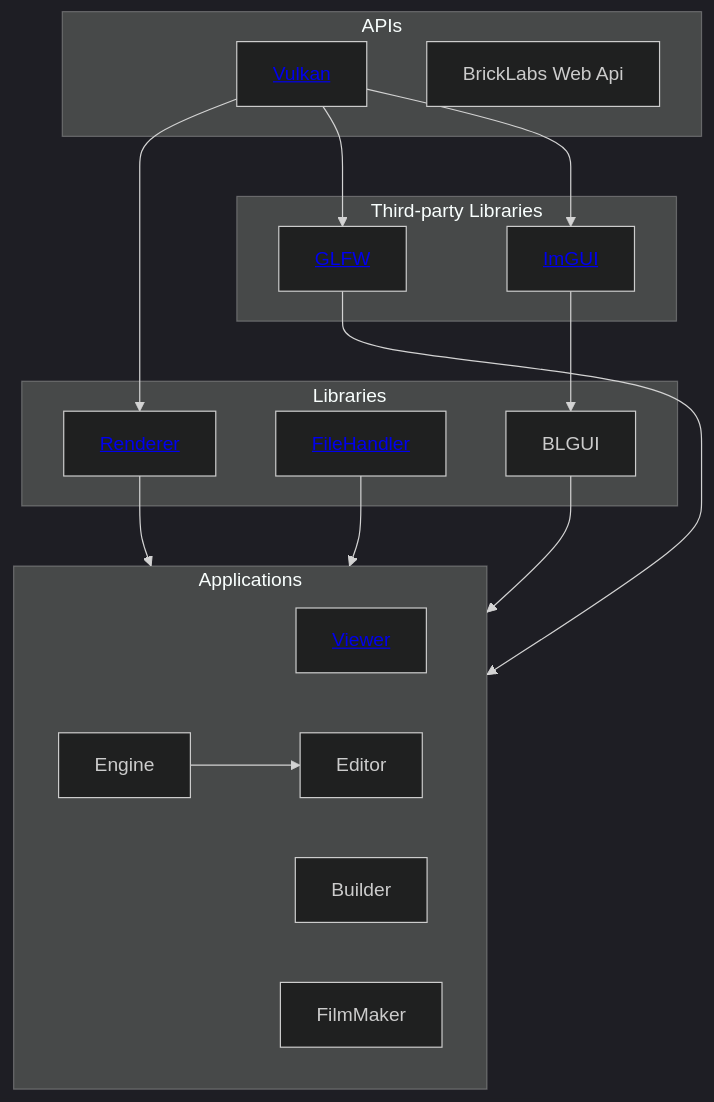
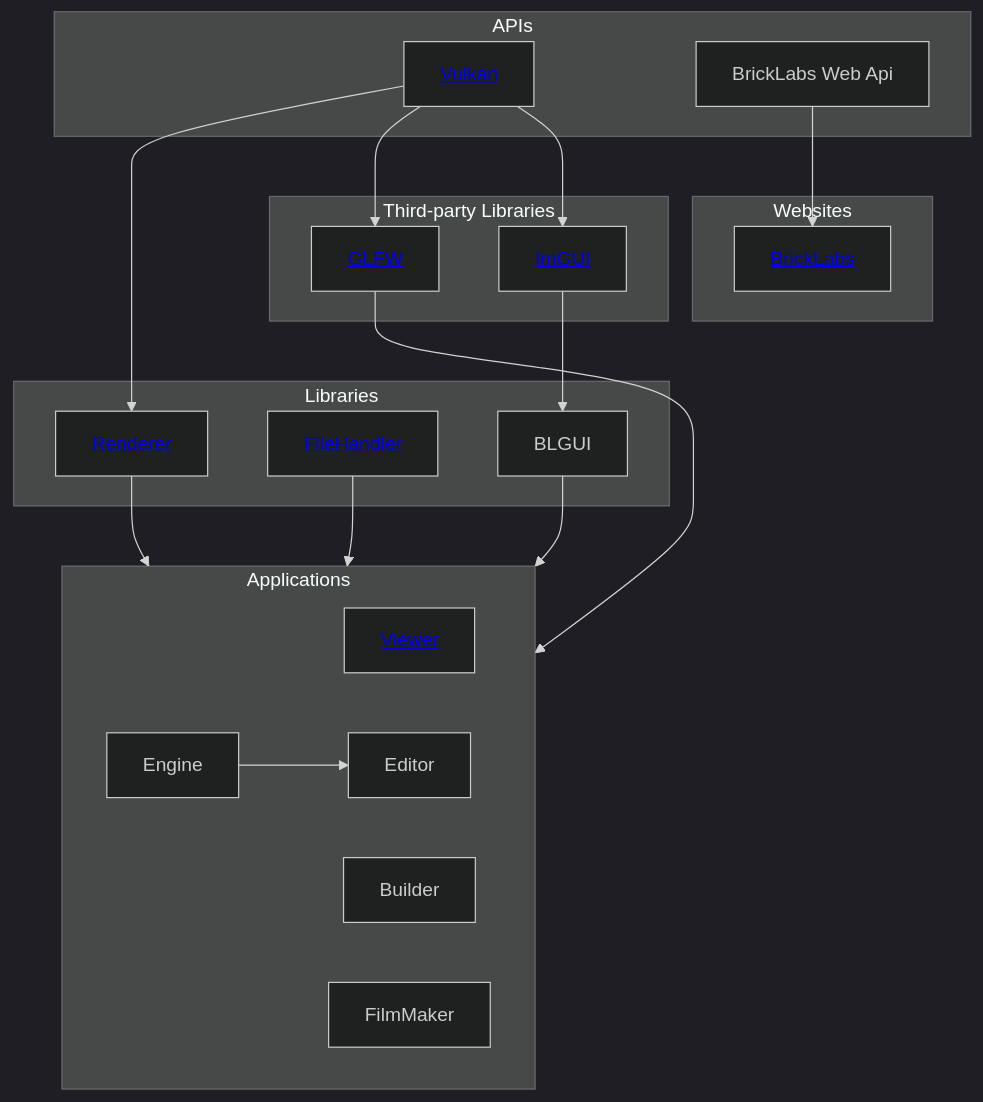
One commit to Brick-Labs/.github changed the diagram in profile/README.md. Above: the diagram before and after it, drawn with Mermaid (dark theme).

Commit message:
Finish Graph

````diff
--- a/profile/README.md
+++ b/profile/README.md
@@ -4,44 +4,51 @@
 ```mermaid
 graph TD
     
     subgraph APIs
         Vulkan[<a href="https://vulkan.org">Vulkan</a>]
         BLAPI[<span>BrickLabs Web Api</span>]
     end
 
     subgraph Third-party Libraries
         GLFW[<a href="https://www.glfw.org">GLFW</a>]
         ImGUI[<a href="https://github.com/ocornut/imgui">ImGUI</a>]
     end
 
     subgraph Libraries
         Renderer[<a href="https://github.com/Brick-Labs/Renderer">Renderer</a>]
         FileHandler[<a href="https://github.com/Brick-Labs/FileHandler">FileHandler</a>]
         BLGUI
     end
 
     subgraph Applications
         Viewer[<a href="https://github.com/Brick-Labs/Viewer">Viewer</a>]
         Builder
         Engine
         Editor
         FilmMaker
     end
 
+    subgraph Websites
+        BrickLabsWeb[<a href="https://github.com/Brick-Labs/Website">BrickLabs</a>]
+    end
+
     %% APIs to Libraries
     Vulkan --> Renderer
     Vulkan --> GLFW
     Vulkan --> ImGUI
+
+    %% APIs to Websites
+    BLAPI --> BrickLabsWeb
 
     %% Libraries to Libraries
     ImGUI --> BLGUI
 
     %% Librararies to Applications
     Renderer --> Applications
     GLFW --> Applications
     BLGUI --> Applications 
     FileHandler --> Applications
 
     %% Applications to Applications
     Engine --> Editor
 ```
````
